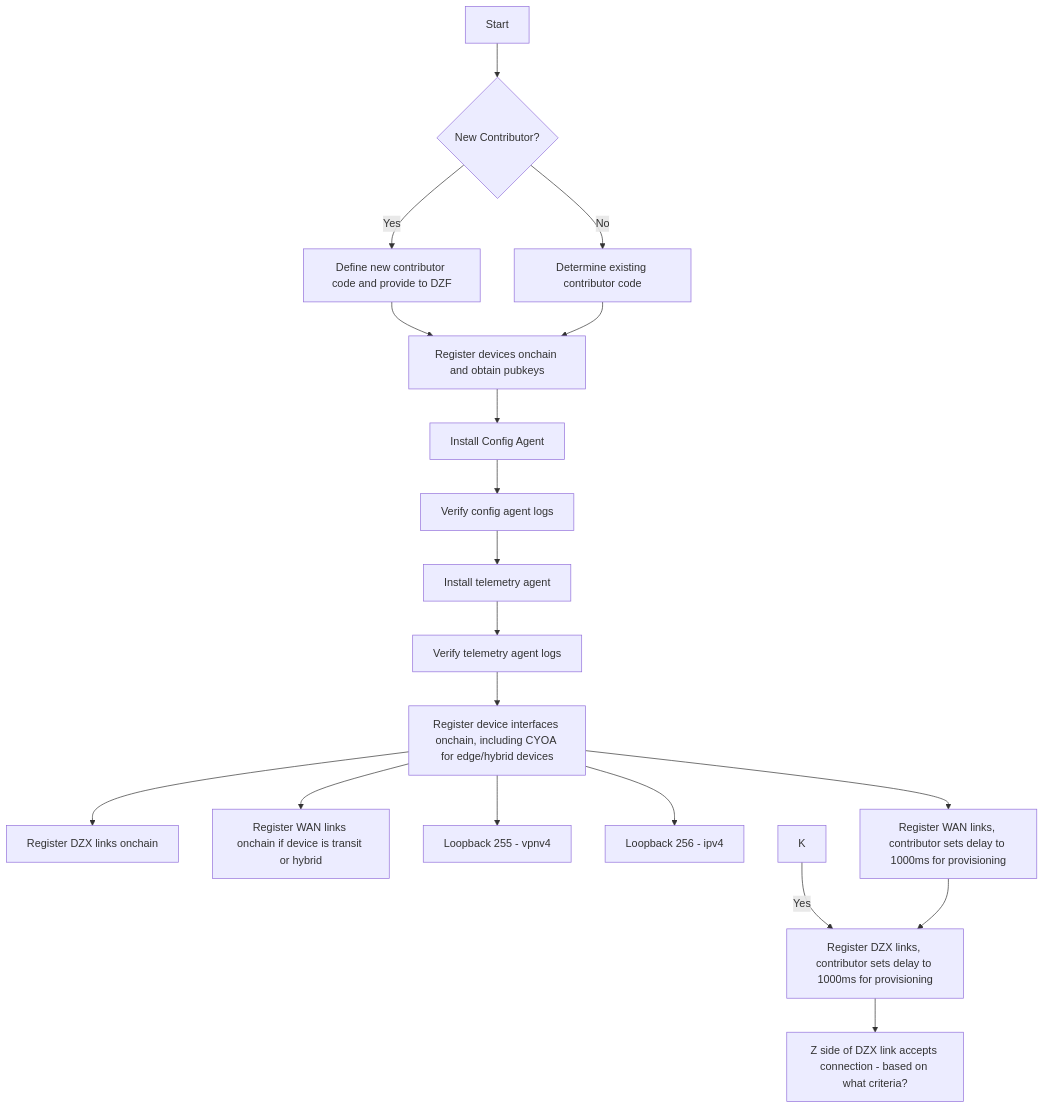
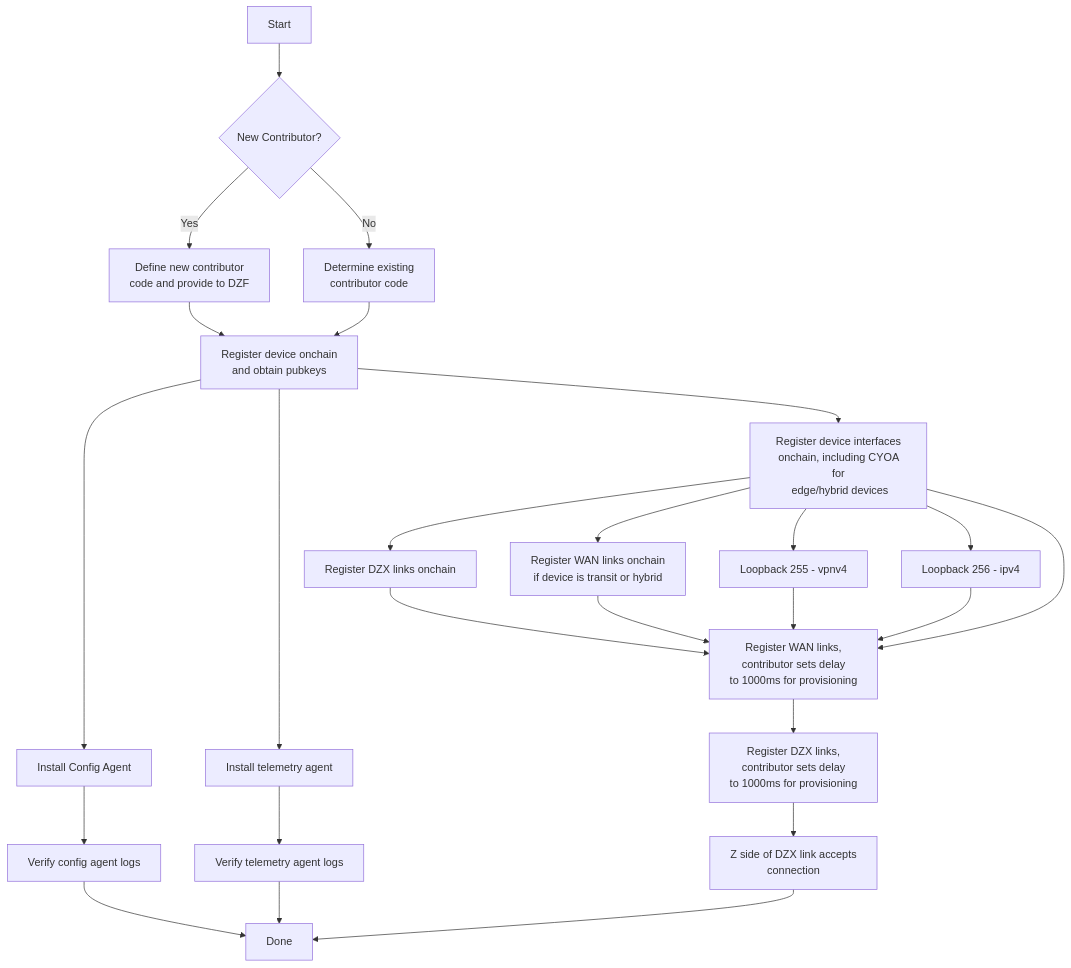
Before and after one commit to malbeclabs/doublezero: the second of 3 diagrams in rfcs/rfcX-network-provisioning.md, drawn with Mermaid. The commit also changed other lines of this file, not shown here.

````diff
--- a/rfcs/rfcX-network-provisioning.md
+++ b/rfcs/rfcX-network-provisioning.md
@@ -79,24 +61,29 @@
 ```mermaid
 %%{init: {"themeVariables": {"fontSize": "16px"}, "flowchart": {"curve": "basis", "htmlLabels": true}, "scale": 1.5}}%%
 flowchart TD
   Start --> D
   D{New Contributor?}
-  D -- Yes --> E[Define new contributor code and provide to DZF]
-  D -- No --> F[Determine existing contributor code]
-  E --> G[Register devices onchain and obtain pubkeys]
+  D -- Yes --> E[Define new contributor<br> code and provide to DZF]
+  D -- No --> F[Determine existing<br> contributor code]
+  E --> G[Register device onchain<br> and obtain pubkeys]
   F --> G
   G --> H[Install Config Agent]
   H --> H.1[Verify config agent logs]
-  H.1 --> I[Install telemetry agent]
+  H.1 --> Z[Done]
+  G --> I[Install telemetry agent]
   I --> I.1[Verify telemetry agent logs]
-  I.1 --> J[Register device interfaces onchain, including CYOA for edge/hybrid devices]
-  J --> J.1.1[Register DZX links onchain]
-  J --> J.1.2[Register WAN links onchain if device is transit or hybrid]
+  I.1 --> Z
+  G --> J[Register device interfaces<br> onchain, including CYOA for<br> edge/hybrid devices]
+  J --> J.1[Register DZX links onchain]
+  J --> J.2[Register WAN links onchain<br> if device is transit or hybrid]
   J --> J.3[Loopback 255 - vpnv4]
   J --> J.4[Loopback 256 - ipv4]
-
-  J --> L[Register WAN links, contributor sets delay to 1000ms for provisioning]
-  K -- Yes --> M[Register DZX links, contributor sets delay to 1000ms for provisioning]
-  L --> M[Register DZX links, contributor sets delay to 1000ms for provisioning]
-  M --> N[Z side of DZX link accepts connection - based on what criteria?]
+  J.1 --> L
+  J.2 --> L
+  J.3 --> L
+  J.4 --> L
+  J --> L[Register WAN links,<br> contributor sets delay<br> to 1000ms for provisioning]
+  L --> M[Register DZX links,<br> contributor sets delay<br> to 1000ms for provisioning]
+  M --> N[Z side of DZX link accepts<br>connection]
+  N --> Z
 ```
````
